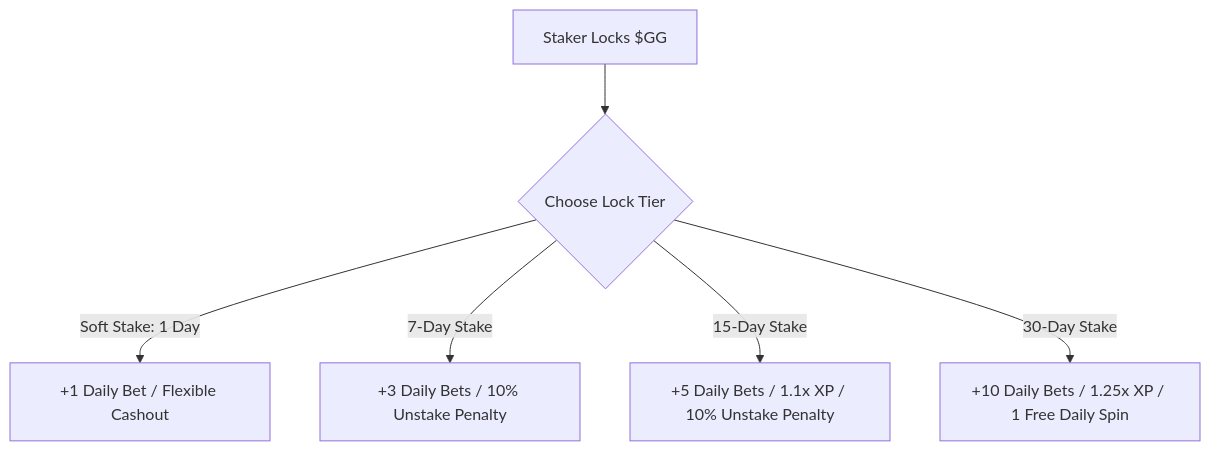
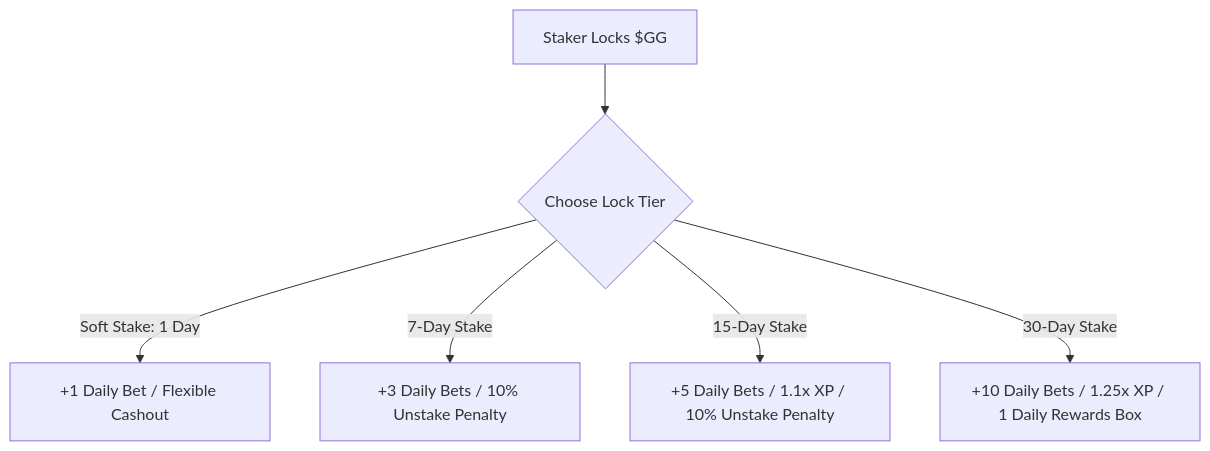
One commit to goalgolden2026-hub/Golden-Goal changed the diagram in WHITEPAPER.md. Above: the diagram before and after it, drawn with Mermaid. The commit also changed other lines of this file and 5 other files, not shown here.

Commit message:
docs/feat: rename rewards box to Rewards Box platform-wide

````diff
--- a/WHITEPAPER.md
+++ b/WHITEPAPER.md
@@ -83,8 +83,8 @@
 ```mermaid
 graph TD
     A[Staker Locks $GG] --> B{Choose Lock Tier}
     B -->|Soft Stake: 1 Day| C[+1 Daily Bet / Flexible Cashout]
     B -->|7-Day Stake| D[+3 Daily Bets / 10% Unstake Penalty]
     B -->|15-Day Stake| E[+5 Daily Bets / 1.1x XP / 10% Unstake Penalty]
-    B -->|30-Day Stake| F[+10 Daily Bets / 1.25x XP / 1 Free Daily Spin]
+    B -->|30-Day Stake| F[+10 Daily Bets / 1.25x XP / 1 Daily Rewards Box]
 ```
````
